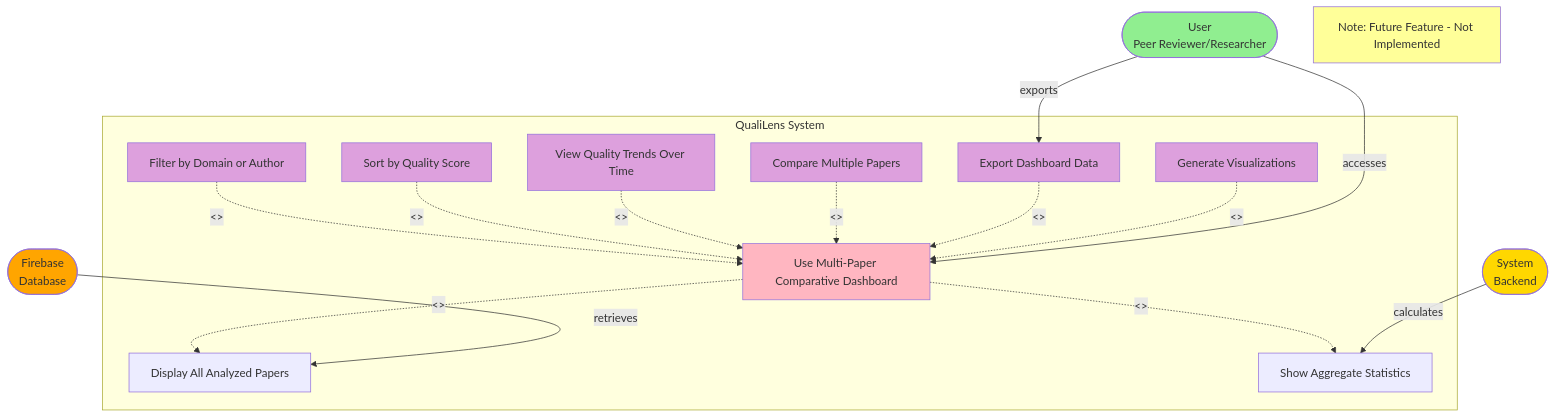
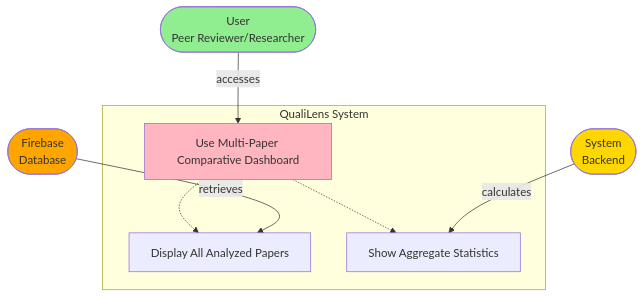
Before and after one commit to giuliobarde/QualiLens: diagram 12 of 12 in docs/architecture/4_USE_CASE_DIAGRAM.md, drawn with Mermaid. The commit also changed other lines of this file and 5 other files, not shown here.

Commit message:
updated diagrams and requirements

````diff
--- a/docs/architecture/4_USE_CASE_DIAGRAM.md
+++ b/docs/architecture/4_USE_CASE_DIAGRAM.md
@@ -424,46 +350,24 @@
 ```mermaid
 graph TD
     User([User<br/>Peer Reviewer/Researcher])
     System([System<br/>Backend])
     Firebase([Firebase<br/>Database])
     
     subgraph "QualiLens System"
         UC12[Use Multi-Paper Comparative Dashboard]
         UC12a[Display All Analyzed Papers]
         UC12b[Show Aggregate Statistics]
-        UC12c[Filter by Domain or Author]
-        UC12d[Sort by Quality Score]
-        UC12e[View Quality Trends Over Time]
-        UC12f[Compare Multiple Papers]
-        UC12g[Export Dashboard Data]
-        UC12h[Generate Visualizations]
         
-        UC12 -.->|<<include>>| UC12a
-        UC12 -.->|<<include>>| UC12b
-        UC12c -.->|<<extend>>| UC12
-        UC12d -.->|<<extend>>| UC12
-        UC12e -.->|<<extend>>| UC12
-        UC12f -.->|<<extend>>| UC12
-        UC12g -.->|<<extend>>| UC12
-        UC12h -.->|<<extend>>| UC12
+        UC12 -.-> UC12a
+        UC12 -.-> UC12b
     end
     
     User -->|accesses| UC12
     Firebase -->|retrieves| UC12a
     System -->|calculates| UC12b
-    User -->|exports| UC12g
     
     style User fill:#90EE90
     style System fill:#FFD700
     style Firebase fill:#FFA500
     style UC12 fill:#FFB6C1
-    style UC12c fill:#DDA0DD
-    style UC12d fill:#DDA0DD
-    style UC12e fill:#DDA0DD
-    style UC12f fill:#DDA0DD
-    style UC12g fill:#DDA0DD
-    style UC12h fill:#DDA0DD
-    
-    Note5[Note: Future Feature - Not Implemented]
-    style Note5 fill:#FFFF99
 ```
````
